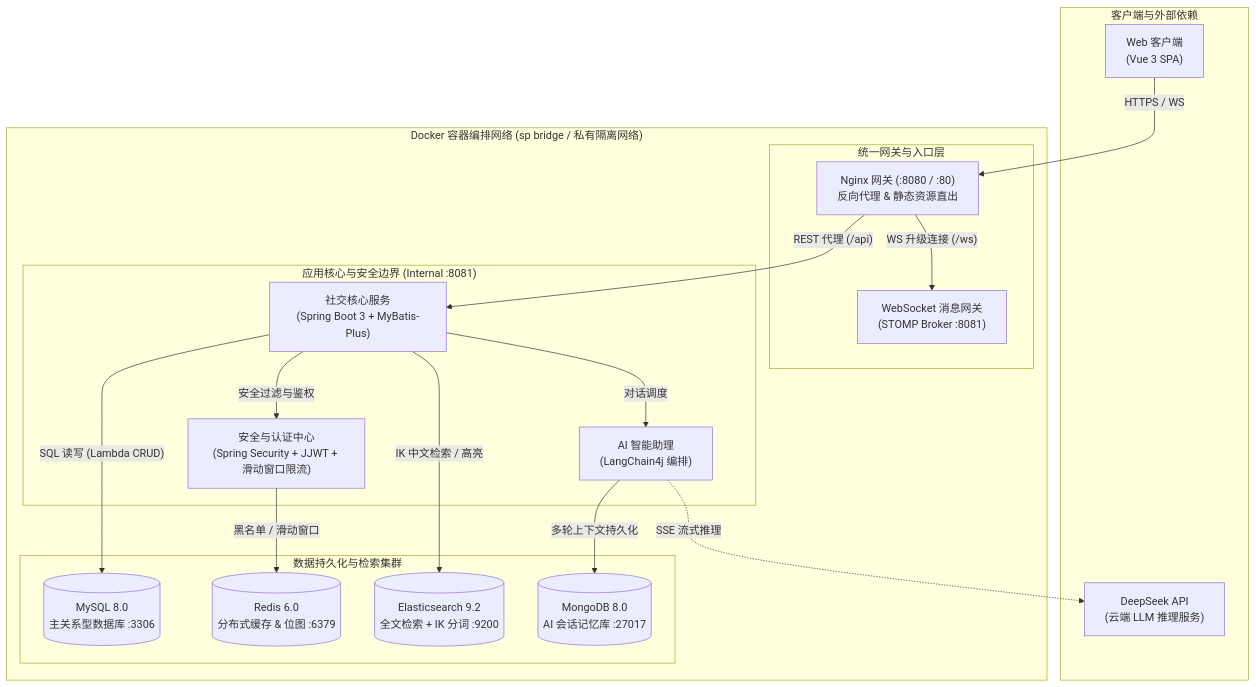
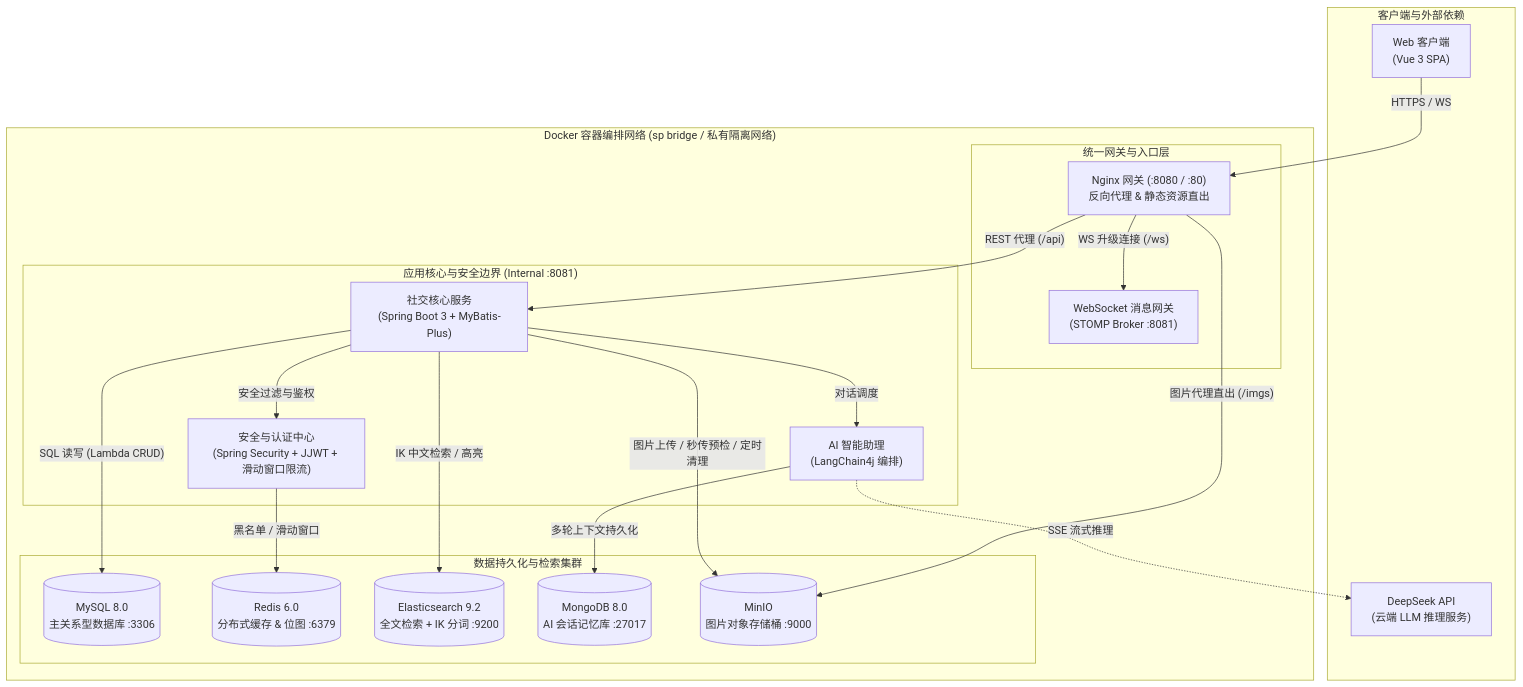
Before and after one commit to e69d8e/social-platform: the diagram in README.md, drawn with Mermaid. The commit also changed other lines of this file and 156 other files, not shown here.

First line of the commit message:
feat(upload): 图片存储迁移 MinIO，支持经典秒传与自动清理

````diff
--- a/README.md
+++ b/README.md
@@ -52,38 +53,41 @@
 ```mermaid
 flowchart TB
     subgraph ClientLayer["客户端与外部依赖"]
         Client["Web 客户端<br/>(Vue 3 SPA)"]
         DeepSeek["DeepSeek API<br/>(云端 LLM 推理服务)"]
     end
 
     subgraph DockerNet["Docker 容器编排网络 (sp bridge / 私有隔离网络)"]
         subgraph GatewayGroup["统一网关与入口层"]
             Nginx["Nginx 网关 (:8080 / :80)<br/>反向代理 & 静态资源直出"]
             WS["WebSocket 消息网关<br/>(STOMP Broker :8081)"]
         end
 
         subgraph AppBoundary["应用核心与安全边界 (Internal :8081)"]
             Security["安全与认证中心<br/>(Spring Security + JJWT + 滑动窗口限流)"]
             App["社交核心服务<br/>(Spring Boot 3 + MyBatis-Plus)"]
             AIAgent["AI 智能助理<br/>(LangChain4j 编排)"]
         end
 
         subgraph DataCluster["数据持久化与检索集群"]
             MySQL[("MySQL 8.0<br/>主关系型数据库 :3306")]
             Redis[("Redis 6.0<br/>分布式缓存 & 位图 :6379")]
             ES[("Elasticsearch 9.2<br/>全文检索 + IK 分词 :9200")]
             Mongo[("MongoDB 8.0<br/>AI 会话记忆库 :27017")]
+            MinIO[("MinIO<br/>图片对象存储桶 :9000")]
         end
     end
 
     Client -->|"HTTPS / WS"| Nginx
     Nginx -->|"REST 代理 (/api)"| App
     Nginx -->|"WS 升级连接 (/ws)"| WS
+    Nginx -->|"图片代理直出 (/imgs)"| MinIO
     App -->|"安全过滤与鉴权"| Security
     Security -->|"黑名单 / 滑动窗口"| Redis
     App -->|"SQL 读写 (Lambda CRUD)"| MySQL
     App -->|"IK 中文检索 / 高亮"| ES
+    App -->|"图片上传 / 秒传预检 / 定时清理"| MinIO
     App -->|"对话调度"| AIAgent
     AIAgent -.->|"SSE 流式推理"| DeepSeek
     AIAgent -->|"多轮上下文持久化"| Mongo
 ```
````
